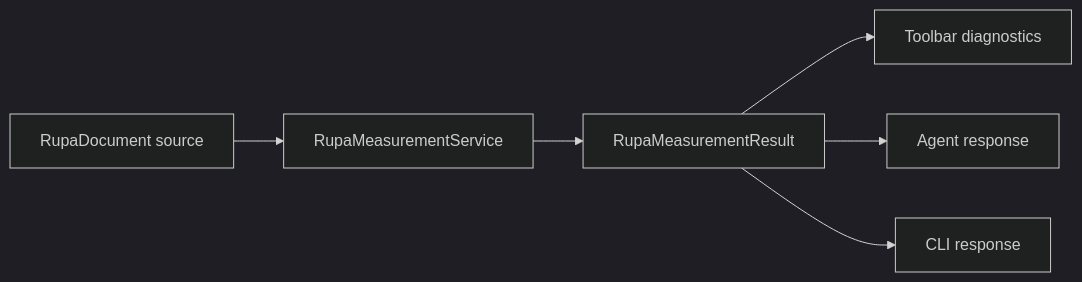
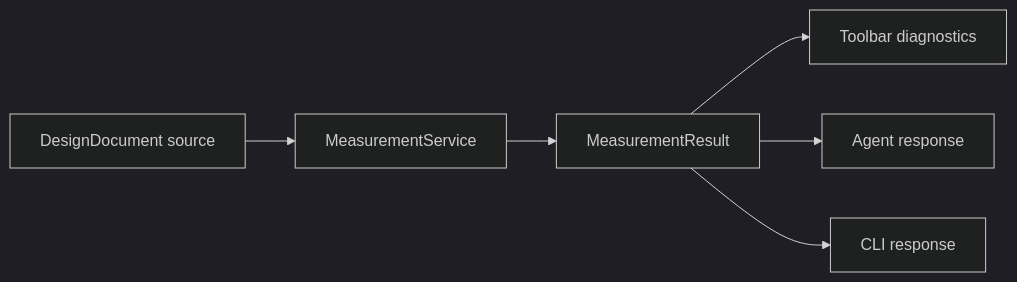
One commit to 1amageek/Rupa changed diagram 11 of 20 in Rupa/SPEC.md. Above: the diagram before and after it, drawn with Mermaid (dark theme). The commit also changed other lines of this file and 153 other files, not shown here.

````diff
--- a/Rupa/SPEC.md
+++ b/Rupa/SPEC.md
@@ -419,8 +500,8 @@
 ```mermaid
 flowchart LR
-    Source["RupaDocument source"] --> Measure["RupaMeasurementService"]
-    Measure --> Result["RupaMeasurementResult"]
+    Source["DesignDocument source"] --> Measure["MeasurementService"]
+    Measure --> Result["MeasurementResult"]
     Result --> UI["Toolbar diagnostics"]
     Result --> Agent["Agent response"]
     Result --> CLI["CLI response"]
 ```
````
